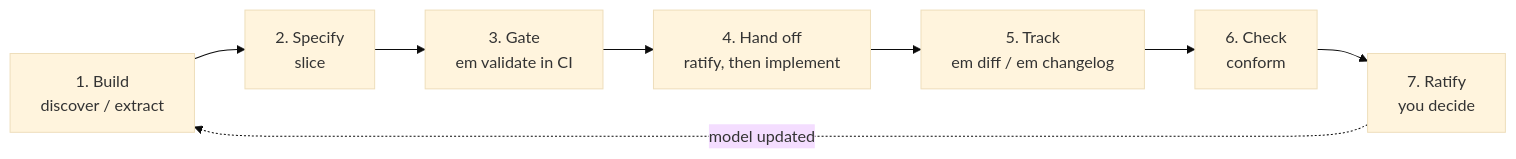
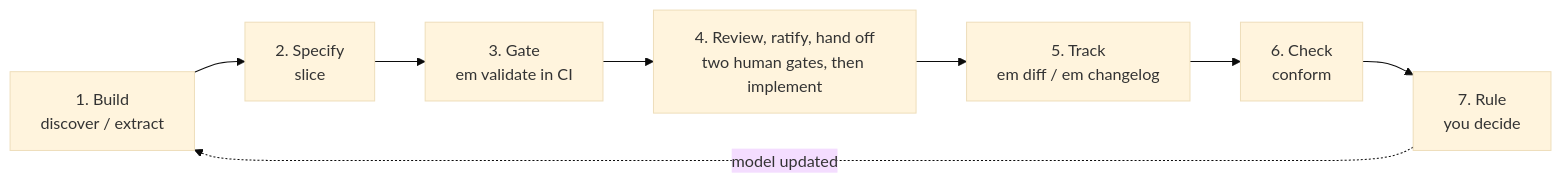
The first of 2 diagrams in docs/workflow.md (milehimikey/em), drawn with Mermaid (base theme) before and after one commit. The commit also changed other lines of this file and 3 other files, not shown here.

First line of the commit message:
MIL-204: docs — show both human gates; "ratify" means the design-exit sign-off only (#147)

````diff
--- a/docs/workflow.md
+++ b/docs/workflow.md
@@ -21,10 +21,10 @@
 ```mermaid
 flowchart LR
     S1["1. Build<br/>discover / extract"] --> S2["2. Specify<br/>slice"]
     S2 --> S3["3. Gate<br/>em validate in CI"]
-    S3 --> S4["4. Hand off<br/>ratify, then implement"]
+    S3 --> S4["4. Review, ratify, hand off<br/>two human gates, then implement"]
     S4 --> S5["5. Track<br/>em diff / em changelog"]
     S5 --> S6["6. Check<br/>conform"]
-    S6 --> S7["7. Ratify<br/>you decide"]
+    S6 --> S7["7. Rule<br/>you decide"]
     S7 -.->|"model updated"| S1
 ```
````
